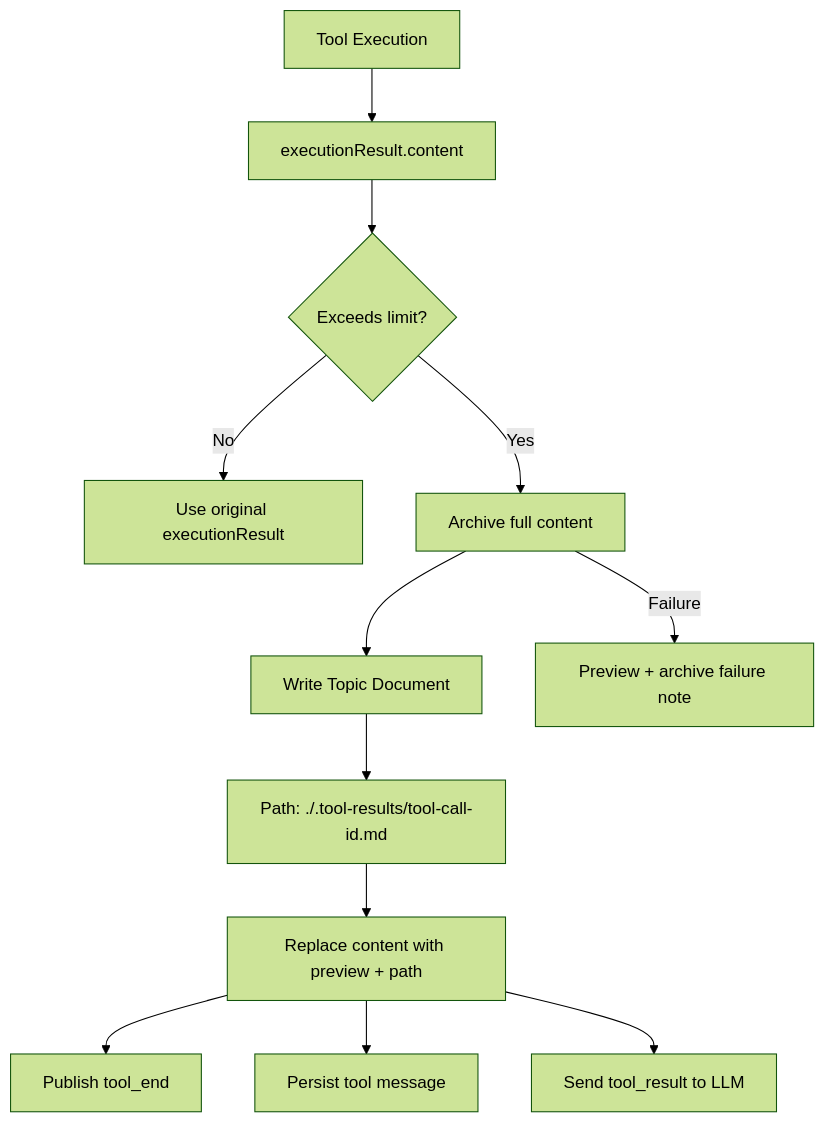
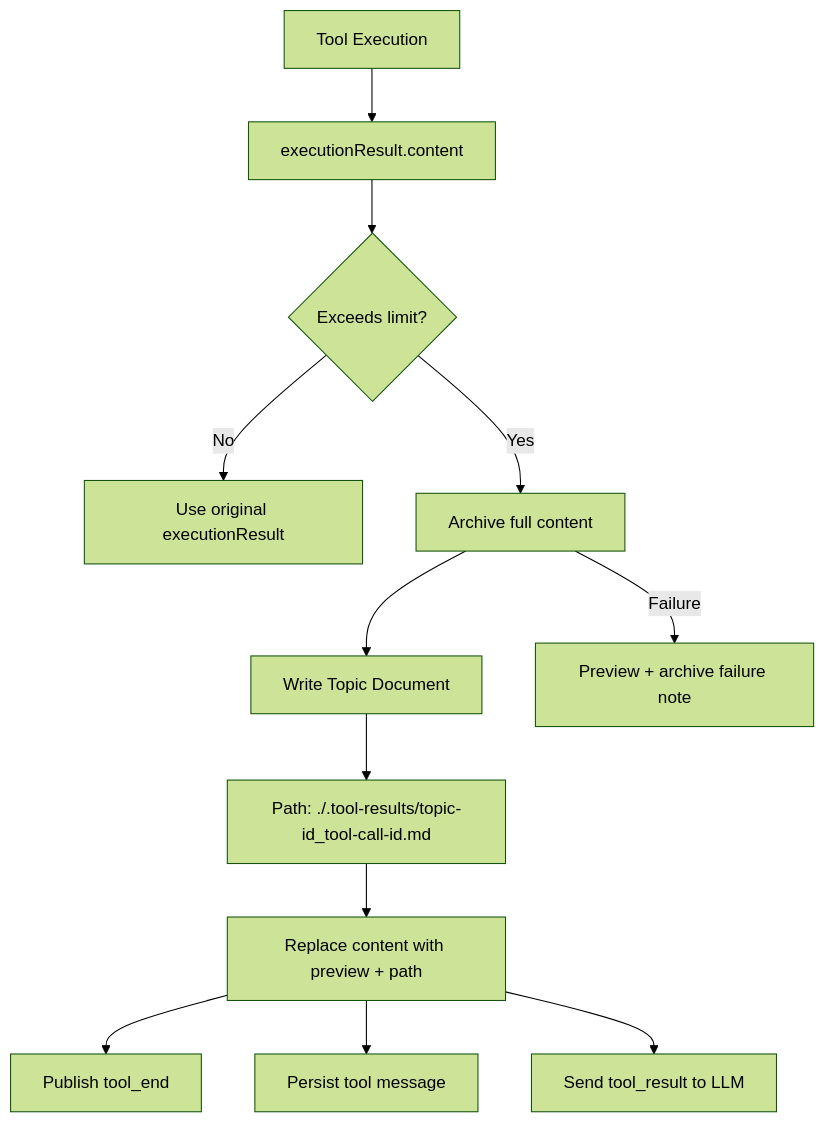
The diagram in docs/superpowers/specs/2026-05-21-tool-result-archive-design.md (lobehub/lobehub), drawn with Mermaid (forest theme) before and after one commit. The commit also changed other lines of this file and 10 other files, not shown here.

First line of the commit message:
✨ feat(tool-archive): cover webapi client tool path and bypass agent-documents reads

````diff
--- a/docs/superpowers/specs/2026-05-21-tool-result-archive-design.md
+++ b/docs/superpowers/specs/2026-05-21-tool-result-archive-design.md
@@ -62,14 +62,14 @@
 ```mermaid
 flowchart TD
   A[Tool Execution] --> B[executionResult.content]
   B --> C{Exceeds limit?}
   C -->|No| D[Use original executionResult]
   C -->|Yes| E[Archive full content]
   E --> F[Write Topic Document]
-  F --> G[Path: ./.tool-results/tool-call-id.md]
+  F --> G[Path: ./.tool-results/topic-id_tool-call-id.md]
   G --> H[Replace content with preview + path]
   H --> I[Publish tool_end]
   H --> J[Persist tool message]
   H --> K[Send tool_result to LLM]
   E -->|Failure| L[Preview + archive failure note]
 ```
````
